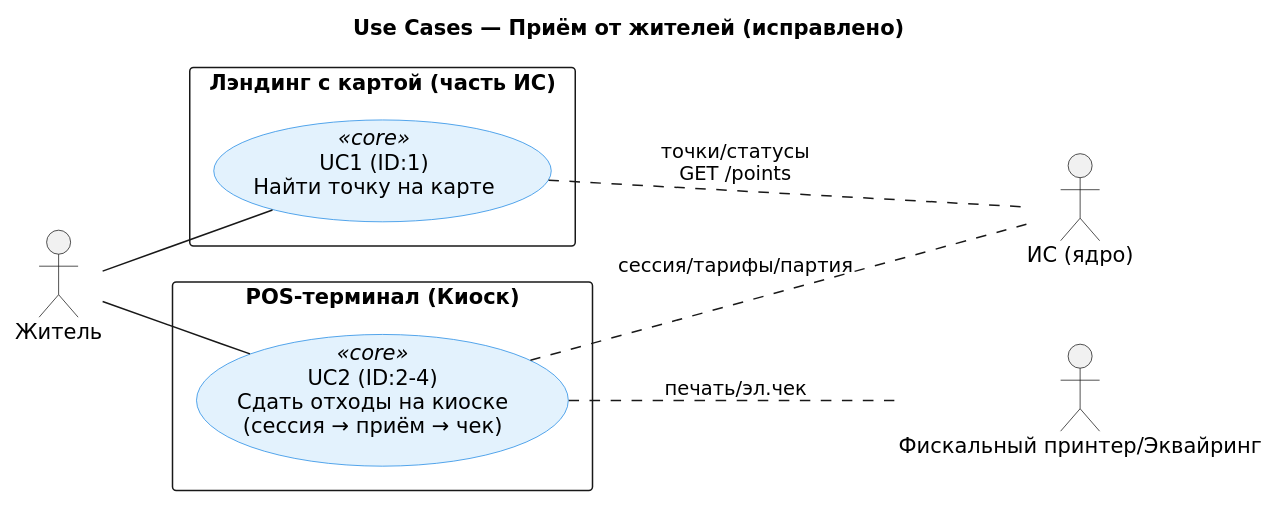
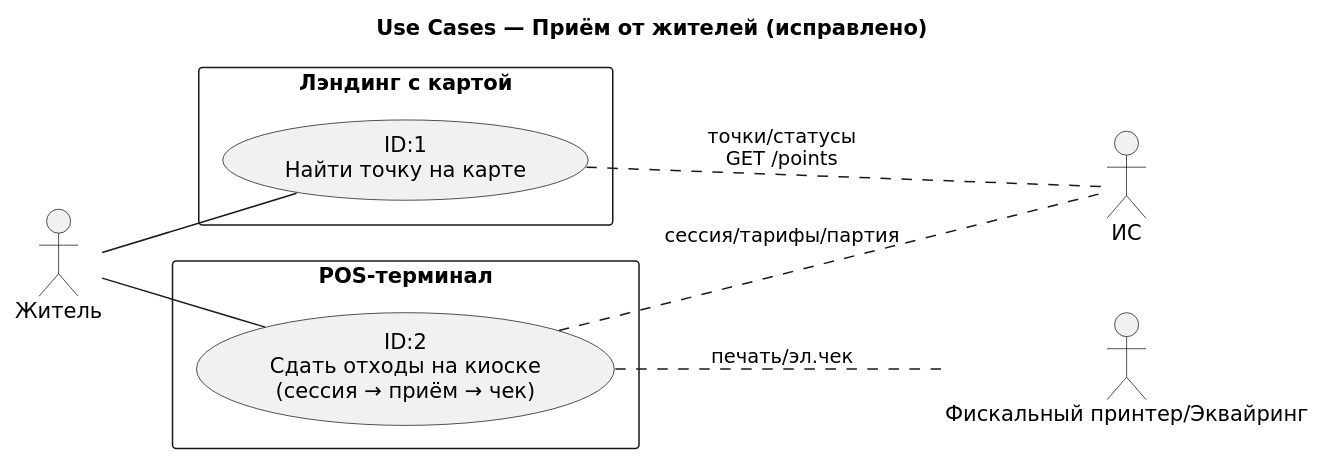
The diagram in docs/1/usecase.puml (r4m63/Waste-Management), drawn with PlantUML before and after one commit.

Commit message:
docs: uml base fix

```diff
--- a/docs/1/usecase.puml
+++ b/docs/1/usecase.puml
@@ -1,28 +1,24 @@
 @startuml
 title Use Cases — Приём от жителей (исправлено)
 left to right direction
 skinparam defaultFontName "DejaVu Sans"
-skinparam usecase {
-  BackgroundColor<<core>> #E3F2FD
-  BorderColor #1E88E5
+
+actor "Житель" as Resident
+actor "ИС" as Core
+actor "Фискальный принтер/Эквайринг" as Printer
+
+rectangle "Лэндинг с картой" as Landing {
+  usecase "ID:1\nНайти точку на карте" as UC1
 }
 
-actor "Житель" as Resident
-actor "ИС (ядро)" as Core
-actor "Фискальный принтер/Эквайринг" as Printer
-
-rectangle "Лэндинг с картой (часть ИС)" as Landing {
-  usecase "UC1 (ID:1)\nНайти точку на карте" as UC1 <<core>>
-}
-
-rectangle "POS-терминал (Киоск)" as POS {
-  usecase "UC2 (ID:2–4)\nСдать отходы на киоске\n(сессия → приём → чек)" as UC2 <<core>>
+rectangle "POS-терминал" as POS {
+  usecase "ID:2\nСдать отходы на киоске\n(сессия → приём → чек)" as UC2
 }
 
 Resident -- UC1
 Resident -- UC2
 
 UC1 .. Core : точки/статусы\nGET /points
 UC2 .. Core : сессия/тарифы/партия
 UC2 .. Printer : печать/эл.чек
 @enduml
```
